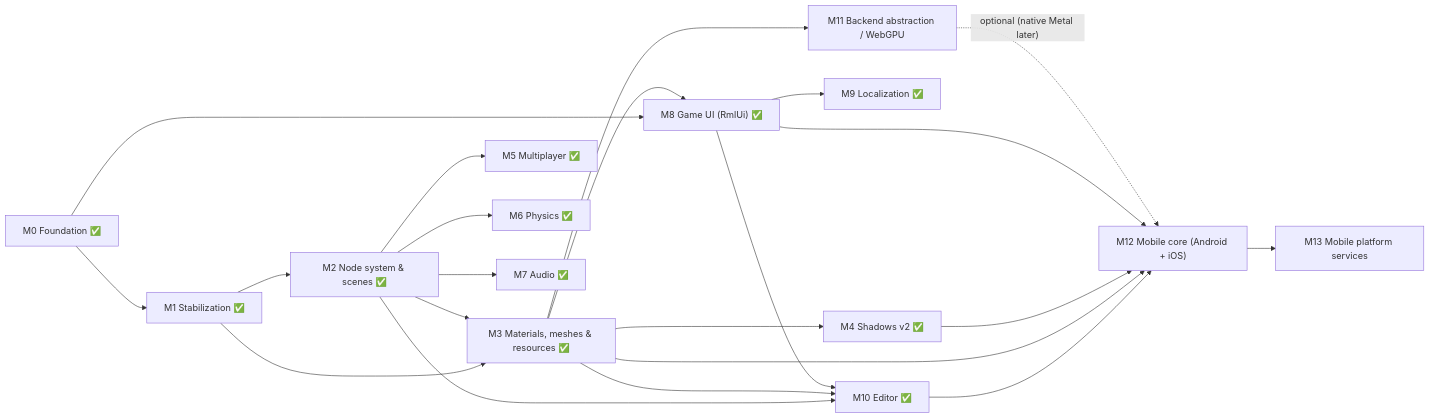
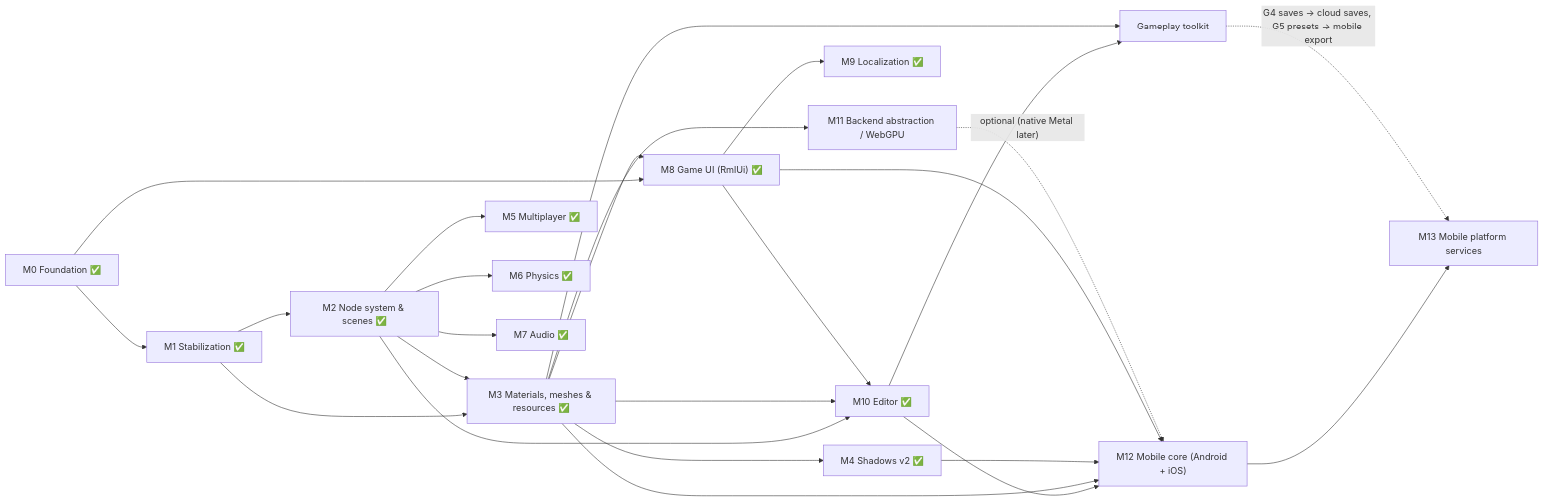
One commit to Mainframe-Games/mainframe-engine changed the diagram in docs/milestones.md. Above: the diagram before and after it, drawn with Mermaid. The commit also changed other lines of this file and 22 other files, not shown here.

First line of the commit message:
Proposals: Gameplay toolkit (G1–G7) with SVG mockups (design only) (#25)

````diff
--- a/docs/milestones.md
+++ b/docs/milestones.md
@@ -8,24 +8,27 @@
 ```mermaid
 flowchart LR
     M0["M0 Foundation ✅"] --> M1["M1 Stabilization ✅"]
     M1 --> M2["M2 Node system & scenes ✅"]
     M1 --> M3["M3 Materials, meshes & resources ✅"]
     M2 --> M3
     M3 --> M4["M4 Shadows v2 ✅"]
     M2 --> M5["M5 Multiplayer ✅"]
     M2 --> M6["M6 Physics ✅"]
     M2 --> M7["M7 Audio ✅"]
     M0 --> M8["M8 Game UI (RmlUi) ✅"]
     M3 --> M8
     M8 --> M9["M9 Localization ✅"]
     M2 --> M10["M10 Editor ✅"]
     M3 --> M10
     M8 --> M10
     M3 --> M11["M11 Backend abstraction / WebGPU"]
     M10 --> M12["M12 Mobile core (Android + iOS)"]
     M3 --> M12
     M4 --> M12
     M8 --> M12
     M11 -. "optional (native Metal later)" .-> M12
     M12 --> M13["M13 Mobile platform services"]
+    M10 --> GT["Gameplay toolkit"]
+    M3 --> GT
+    GT -. "G4 saves → cloud saves, G5 presets → mobile export" .-> M13
 ```
````
